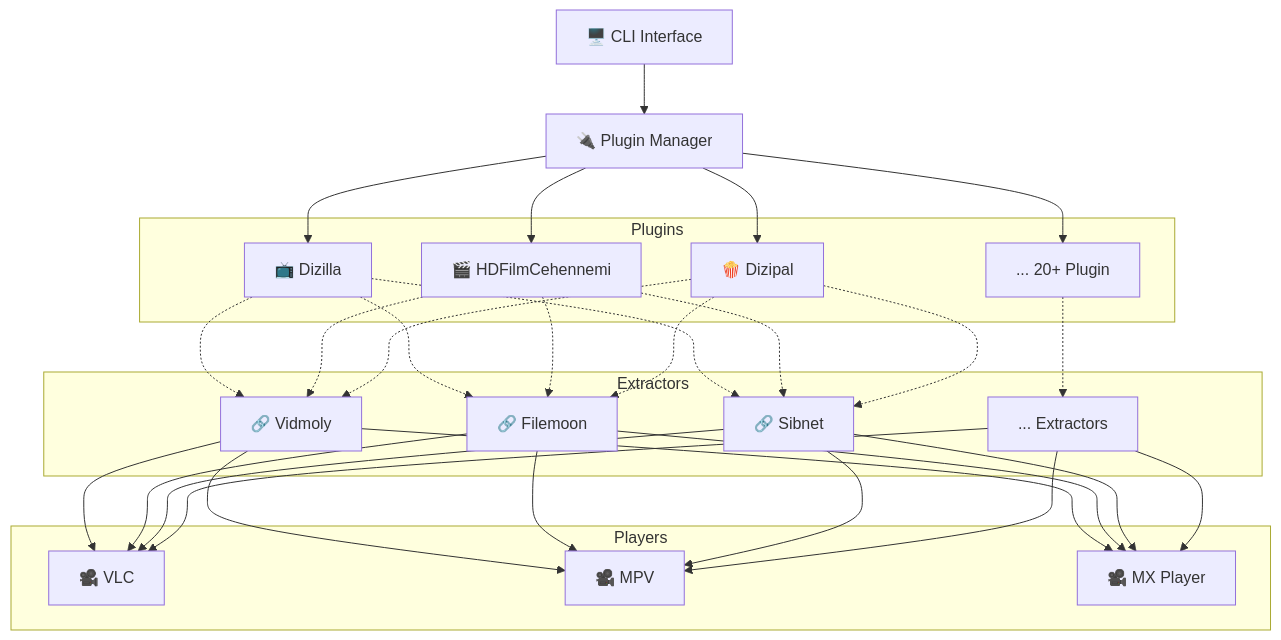
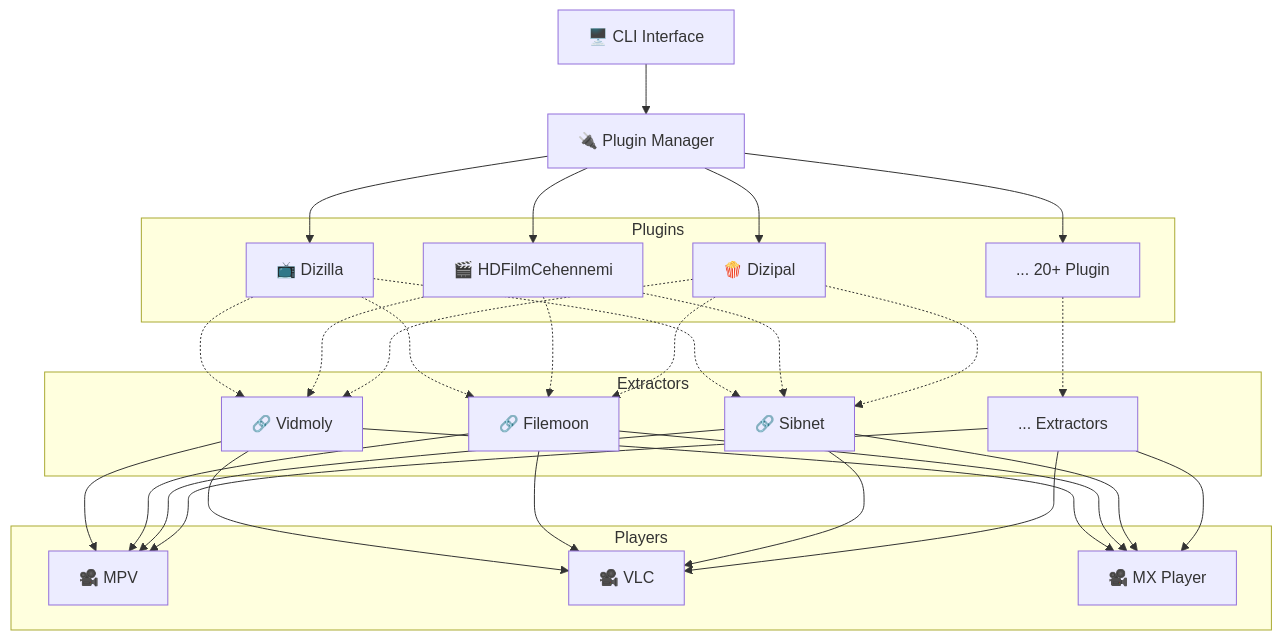
One commit to keyiflerolsun/KekikStream changed the diagram in README.md. Above: the diagram before and after it, drawn with Mermaid. The commit also changed other lines of this file and 1 other file, not shown here.

````diff
--- a/README.md
+++ b/README.md
@@ -121,61 +114,61 @@
 ```mermaid
 graph TB
     CLI[🖥️ CLI Interface]
     Manager[🔌 Plugin Manager]
     
     subgraph Plugins
         P1[📺 Dizilla]
         P2[🎬 HDFilmCehennemi]
         P3[🍿 Dizipal]
         PN[... 20+ Plugin]
     end
     
     subgraph Extractors
         E1[🔗 Vidmoly]
         E2[🔗 Filemoon]
         E3[🔗 Sibnet]
         EN[... Extractors]
     end
     
     subgraph Players
+        MPV[🎥 MPV]
         VLC[🎥 VLC]
-        MPV[🎥 MPV]
         MX[🎥 MX Player]
     end
     
     CLI --> Manager
     Manager --> P1
     Manager --> P2
     Manager --> P3
     Manager --> PN
     
     %% Her plugin otomatik olarak ihtiyaç duyduğu extractor'ı kullanır
     P1 -.-> E1
     P1 -.-> E2
     P1 -.-> E3
     
     P2 -.-> E1
     P2 -.-> E2
     P2 -.-> E3
     
     P3 -.-> E1
     P3 -.-> E2
     P3 -.-> E3
     
     PN -.-> EN
     
     E1 --> VLC
     E2 --> VLC
     E3 --> VLC
     EN --> VLC
     
     E1 --> MPV
     E2 --> MPV
     E3 --> MPV
     EN --> MPV
     
     E1 --> MX
     E2 --> MX
     E3 --> MX
     EN --> MX
 ```
````
